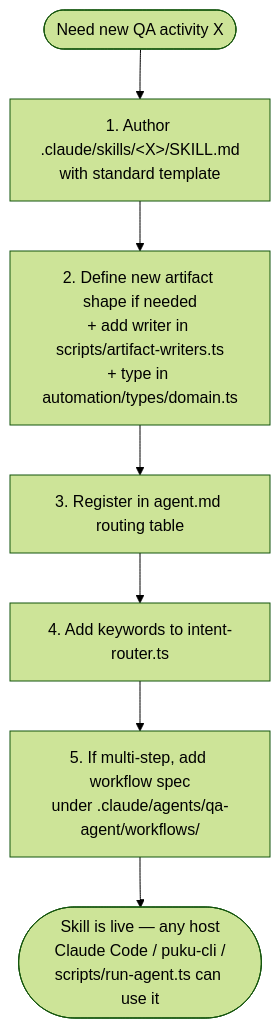
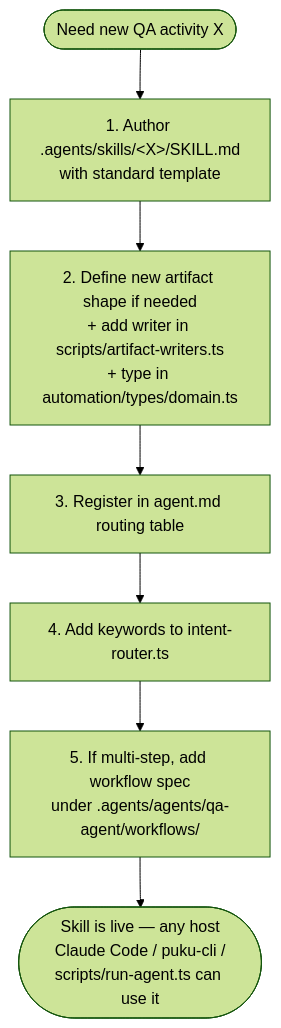
Before and after one commit to jannatul-ferdous-enosis/demoblaze-agentic-framework: diagram 11 of 11 in .docs/workflow.md, drawn with Mermaid (forest theme). The commit also changed other lines of this file and 21 other files, not shown here.

````diff
--- a/.docs/workflow.md
+++ b/.docs/workflow.md
@@ -368,9 +368,9 @@
 ```mermaid
 flowchart TD
-    Start([Need new QA activity X]) --> S1[1. Author .claude/skills/&lt;X&gt;/SKILL.md<br/>with standard template]
+    Start([Need new QA activity X]) --> S1[1. Author .agents/skills/&lt;X&gt;/SKILL.md<br/>with standard template]
     S1 --> S2[2. Define new artifact shape if needed<br/>+ add writer in scripts/artifact-writers.ts<br/>+ type in automation/types/domain.ts]
     S2 --> S3[3. Register in agent.md routing table]
     S3 --> S4[4. Add keywords to intent-router.ts]
-    S4 --> S5[5. If multi-step, add workflow spec<br/>under .claude/agents/qa-agent/workflows/]
+    S4 --> S5[5. If multi-step, add workflow spec<br/>under .agents/agents/qa-agent/workflows/]
     S5 --> Done([Skill is live — any host<br/>Claude Code / puku-cli /<br/>scripts/run-agent.ts can use it])
 ```
````
